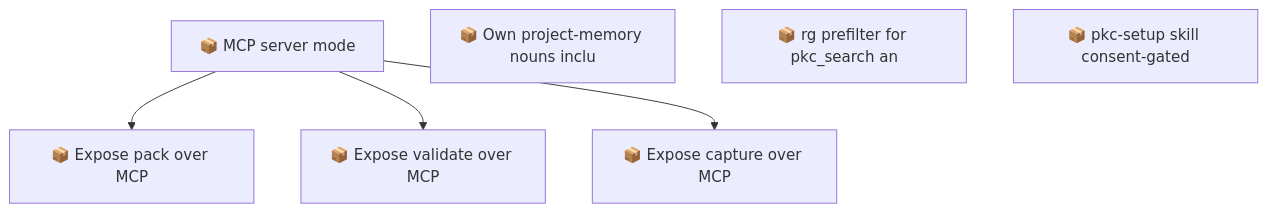
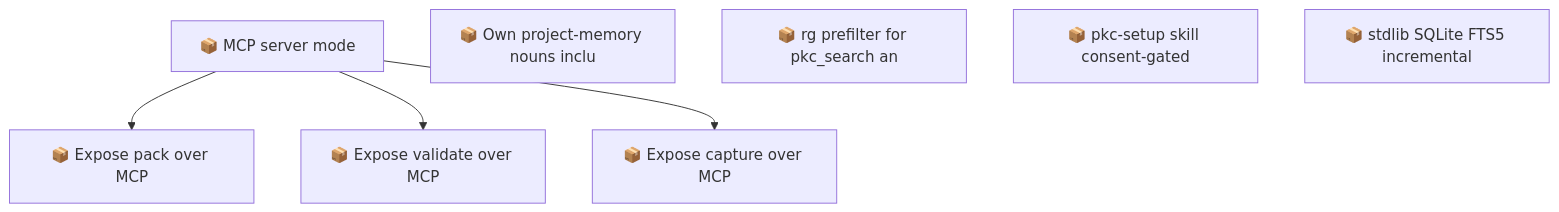
One commit to SpillwaveSolutions/project-knowledge-capture changed the second of 2 diagrams in docs/roadmap.md. Above: the diagram before and after it, drawn with Mermaid. The commit also changed other lines of this file and 4 other files, not shown here.

````diff
--- a/docs/roadmap.md
+++ b/docs/roadmap.md
@@ -85,13 +93,14 @@
 ```mermaid
 graph TD
     01KZ75NQCMYGFYRCVJATEBVBRB["📦 MCP server mode"]
     01KZ75R3EXEG4GVGRP2S9CCKZ4["📦 Expose pack over MCP"]
     01KZ75R3M6BYQ643NKDCCSEEZC["📦 Expose validate over MCP"]
     01KZ75R3S2X1G4PCTGMMSR8BWA["📦 Expose capture over MCP"]
     01M0SZFFPWEVN9YX9D9RYZ1ZC1["📦 Own project-memory nouns inclu"]
     01M18Q792BSMYXM5F4WXBJ2CW4["📦 rg prefilter for pkc_search an"]
     01M18Q793WKR0FH409FAY6KHAT["📦 pkc-setup skill consent-gated"]
+    01M18QGFCPPCH3ZHMBQ2QW4JBF["📦 stdlib SQLite FTS5 incremental"]
     01KZ75NQCMYGFYRCVJATEBVBRB --> 01KZ75R3EXEG4GVGRP2S9CCKZ4
     01KZ75NQCMYGFYRCVJATEBVBRB --> 01KZ75R3M6BYQ643NKDCCSEEZC
     01KZ75NQCMYGFYRCVJATEBVBRB --> 01KZ75R3S2X1G4PCTGMMSR8BWA
 ```
````
